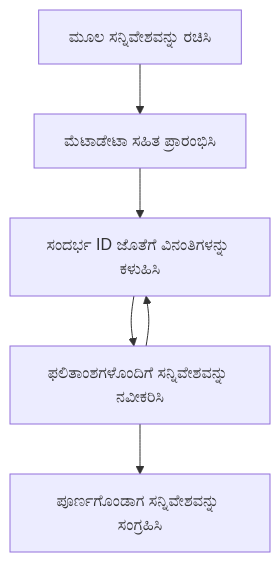
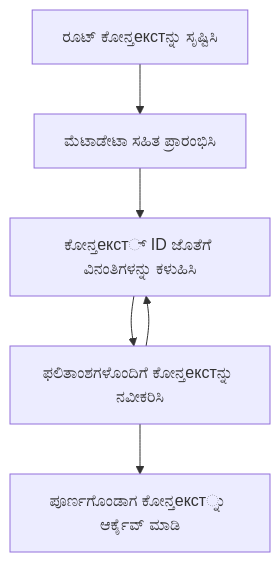
One commit to HIDORAKAI002/ai-workspace-archive changed the diagram in mcp_ecosystem__model_context_protocol/mcp_learning_resources/mcp-for-beginners/translations/kn/05-AdvancedTopics/mcp-root-contexts/README.md. Above: the diagram before and after it, drawn with Mermaid. The commit also changed other lines of this file and 5721 other files, not shown here.

````diff
--- a/mcp_ecosystem__model_context_protocol/mcp_learning_resources/mcp-for-beginners/translations/kn/05-AdvancedTopics/mcp-root-contexts/README.md
+++ b/mcp_ecosystem__model_context_protocol/mcp_learning_resources/mcp-for-beginners/translations/kn/05-AdvancedTopics/mcp-root-contexts/README.md
@@ -37,8 +41,8 @@
 ```mermaid
 flowchart TD
-    A[ಮೂಲ ಸನ್ನಿವೇಶವನ್ನು ರಚಿಸಿ] --> B[ಮೆಟಾಡೇಟಾ ಸಹಿತ ಪ್ರಾರಂಭಿಸಿ]
-    B --> C[ಸಂದರ್ಭ ID ಜೊತೆಗೆ ವಿನಂತಿಗಳನ್ನು ಕಳುಹಿಸಿ]
-    C --> D[ಫಲಿತಾಂಶಗಳೊಂದಿಗೆ ಸನ್ನಿವೇಶವನ್ನು ನವೀಕರಿಸಿ]
+    A[ರೂಟ್ ಕೋನ್ತекстನ್ನು ಸೃಷ್ಟಿಸಿ] --> B[ಮೆಟಾಡೇಟಾ ಸಹಿತ ಪ್ರಾರಂಭಿಸಿ]
+    B --> C[ಕೋನ್ತекст್ ID ಜೊತೆಗೆ ವಿನಂತಿಗಳನ್ನು ಕಳುಹಿಸಿ]
+    C --> D[ಫಲಿತಾಂಶಗಳೊಂದಿಗೆ ಕೋನ್ತекстನ್ನು ನವೀಕರಿಸಿ]
     D --> C
-    D --> E[ಪೂರ್ಣಗೊಂಡಾಗ ಸನ್ನಿವೇಶವನ್ನು ಸಂಗ್ರಹಿಸಿ]
+    D --> E[ಪೂರ್ಣಗೊಂಡಾಗ ಕೋನ್ತекст್ನು ಆರ್ಕೈವ್ ಮಾಡಿ]
 ```
````
